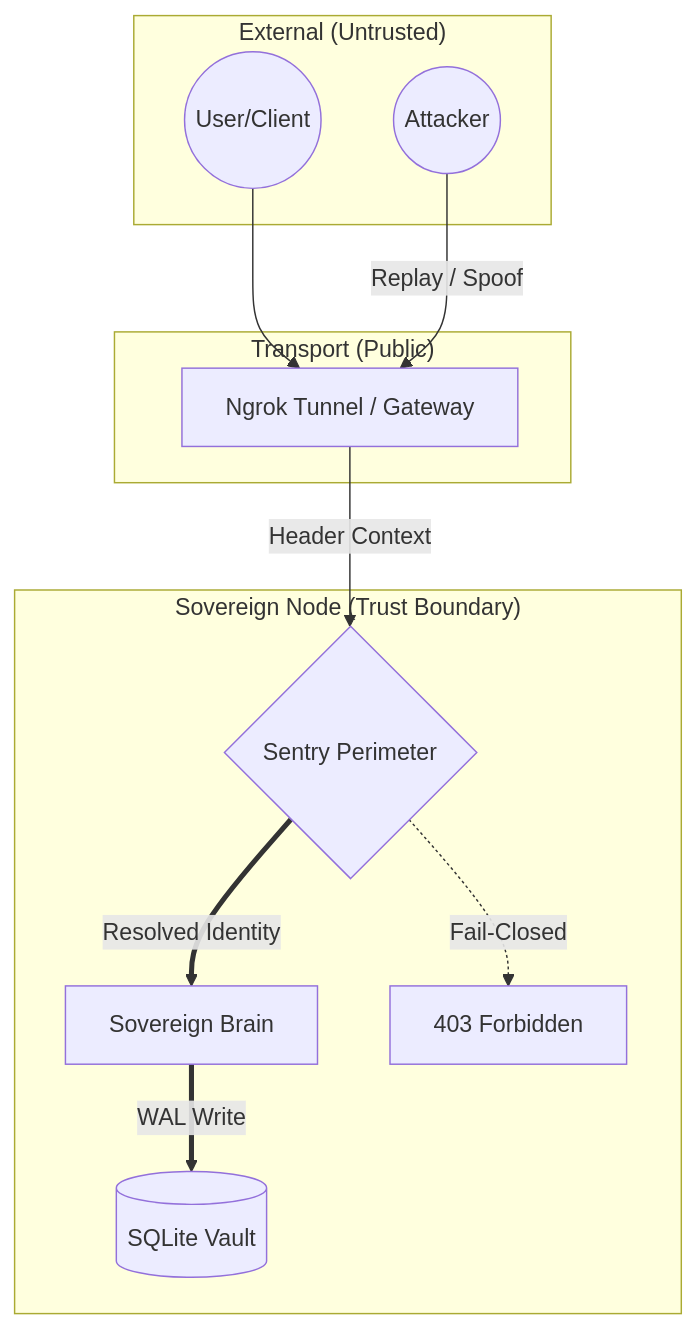
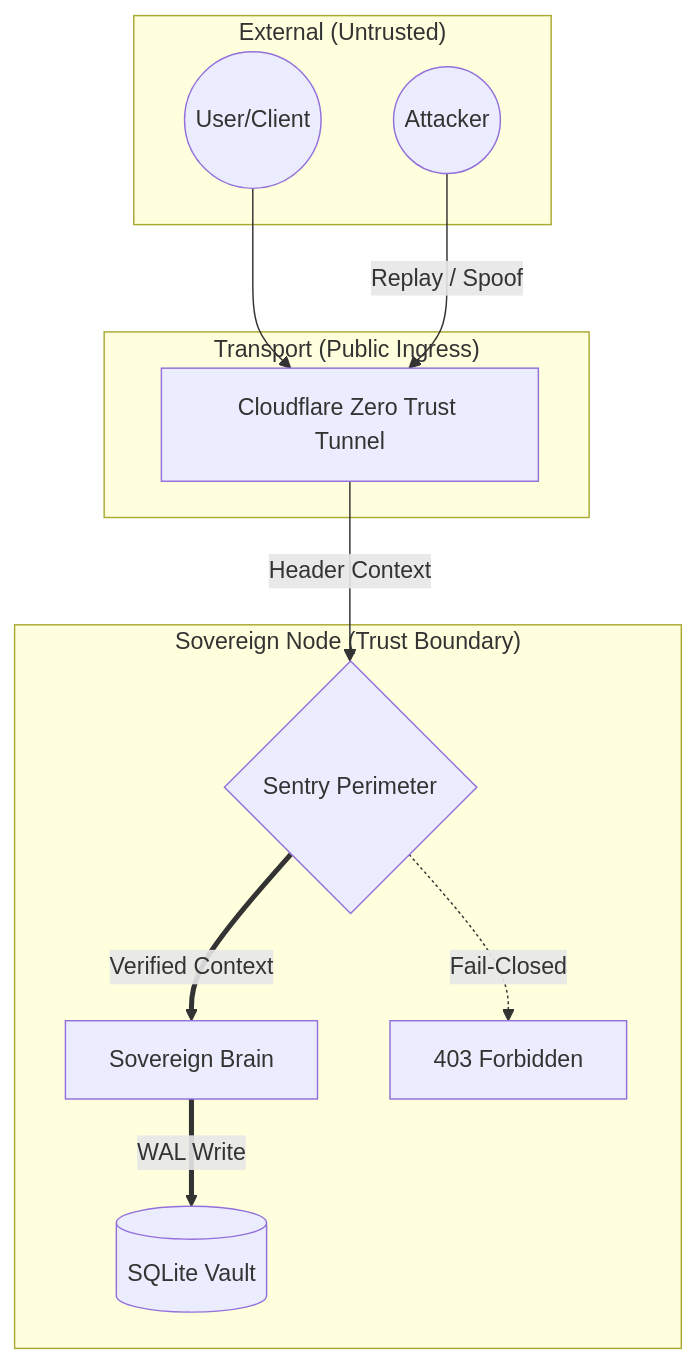
Before and after one commit to arhantbarmate/nexus-core: the diagram in THREAT_MODEL.md, drawn with Mermaid. The commit also changed other lines of this file and 225 other files, not shown here.

````diff
--- a/THREAT_MODEL.md
+++ b/THREAT_MODEL.md
@@ -19,25 +17,25 @@
 ```mermaid
 graph TD
     subgraph "External (Untrusted)"
         User((User/Client))
         Attacker((Attacker))
     end
 
-    subgraph "Transport (Public)"
-        Tunnel[Ngrok Tunnel / Gateway]
+    subgraph "Transport (Public Ingress)"
+        Tunnel[Cloudflare Zero Trust Tunnel]
     end
 
     subgraph "Sovereign Node (Trust Boundary)"
         Sentry{Sentry Perimeter}
         Brain[Sovereign Brain]
         Vault[(SQLite Vault)]
         
         Sentry -.->|Fail-Closed| Reject[403 Forbidden]
-        Sentry ==>|Resolved Identity| Brain
+        Sentry ==>|Verified Context| Brain
         Brain ==>|WAL Write| Vault
     end
 
     User --> Tunnel
     Attacker -->|Replay / Spoof| Tunnel
     Tunnel -->|Header Context| Sentry
 ```
````
